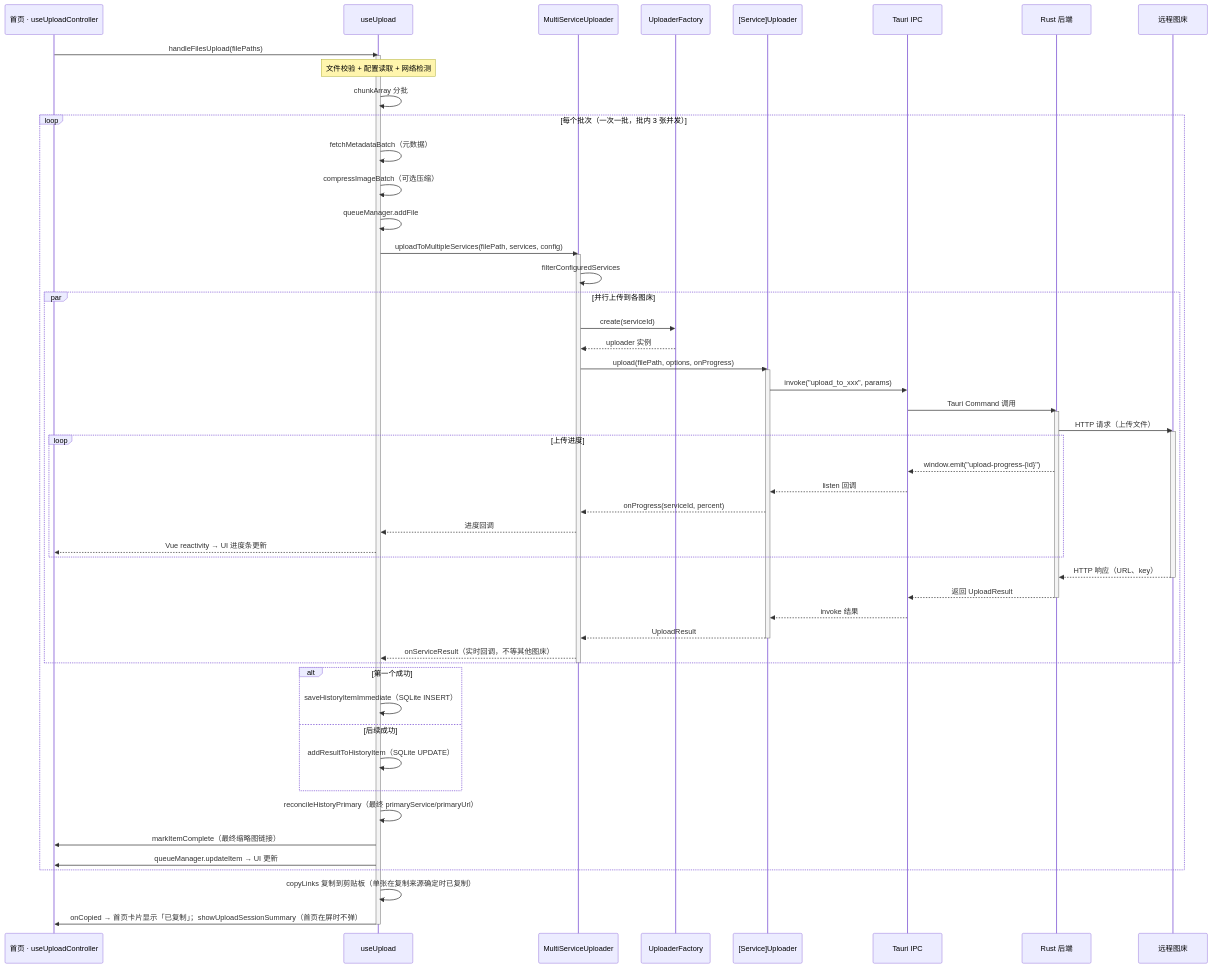
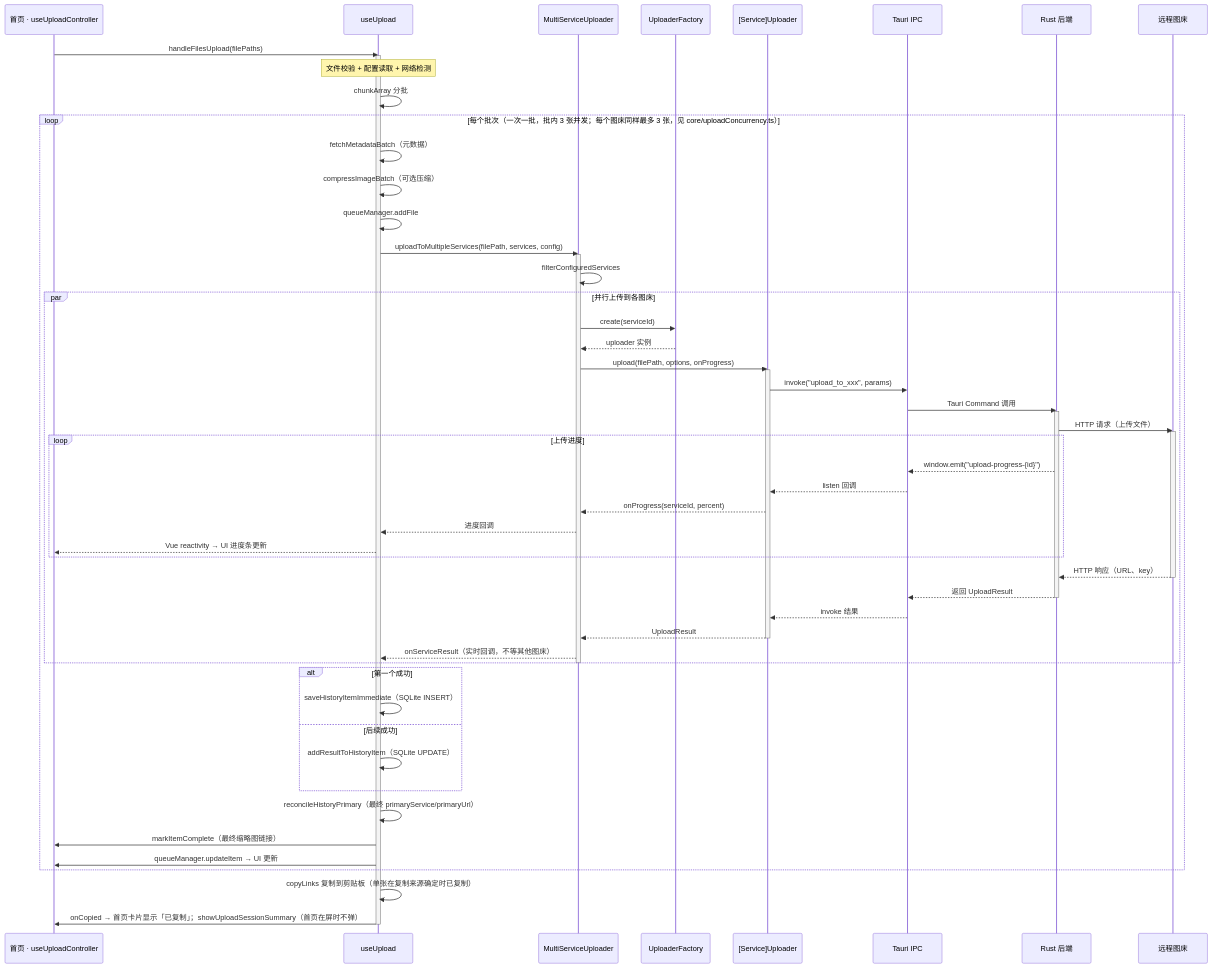
Before and after one commit to joeyliu6/PicNexus: the second of 2 diagrams in docs/flows/upload-flow.md, drawn with Mermaid. The commit also changed 4 other files, not shown here.

````diff
--- a/docs/flows/upload-flow.md
+++ b/docs/flows/upload-flow.md
@@ -119,77 +119,77 @@
 ```mermaid
 sequenceDiagram
     participant UV as 首页 · useUploadController
     participant UU as useUpload
     participant MSU as MultiServiceUploader
     participant UF as UploaderFactory
     participant UP as [Service]Uploader
     participant IPC as Tauri IPC
     participant RS as Rust 后端
     participant RM as 远程图床
 
     UV->>UU: handleFilesUpload(filePaths)
     activate UU
 
     Note over UU: 文件校验 + 配置读取 + 网络检测
     UU->>UU: chunkArray 分批
 
-    loop 每个批次（一次一批，批内 3 张并发）
+    loop 每个批次（一次一批，批内 3 张并发；每个图床同样最多 3 张，见 core/uploadConcurrency.ts）
         UU->>UU: fetchMetadataBatch（元数据）
         UU->>UU: compressImageBatch（可选压缩）
         UU->>UU: queueManager.addFile
 
         UU->>MSU: uploadToMultipleServices(filePath, services, config)
         activate MSU
 
         MSU->>MSU: filterConfiguredServices
 
         par 并行上传到各图床
             MSU->>UF: create(serviceId)
             UF-->>MSU: uploader 实例
             MSU->>UP: upload(filePath, options, onProgress)
             activate UP
 
             UP->>IPC: invoke("upload_to_xxx", params)
             IPC->>RS: Tauri Command 调用
             activate RS
 
             RS->>RM: HTTP 请求（上传文件）
             activate RM
 
             loop 上传进度
                 RS-->>IPC: window.emit("upload-progress-{id}")
                 IPC-->>UP: listen 回调
                 UP-->>MSU: onProgress(serviceId, percent)
                 MSU-->>UU: 进度回调
                 UU-->>UV: Vue reactivity → UI 进度条更新
             end
 
             RM-->>RS: HTTP 响应（URL、key）
             deactivate RM
             RS-->>IPC: 返回 UploadResult
             deactivate RS
             IPC-->>UP: invoke 结果
             UP-->>MSU: UploadResult
             deactivate UP
 
             MSU-->>UU: onServiceResult（实时回调，不等其他图床）
         end
 
         deactivate MSU
 
         alt 第一个成功
             UU->>UU: saveHistoryItemImmediate（SQLite INSERT）
         else 后续成功
             UU->>UU: addResultToHistoryItem（SQLite UPDATE）
         end
 
         UU->>UU: reconcileHistoryPrimary（最终 primaryService/primaryUrl）
         UU->>UV: markItemComplete（最终缩略图链接）
 
         UU->>UV: queueManager.updateItem → UI 更新
     end
 
     UU->>UU: copyLinks 复制到剪贴板（单张在复制来源确定时已复制）
     UU->>UV: onCopied → 首页卡片显示「已复制」；showUploadSessionSummary（首页在屏时不弹）
     deactivate UU
 ```
````
